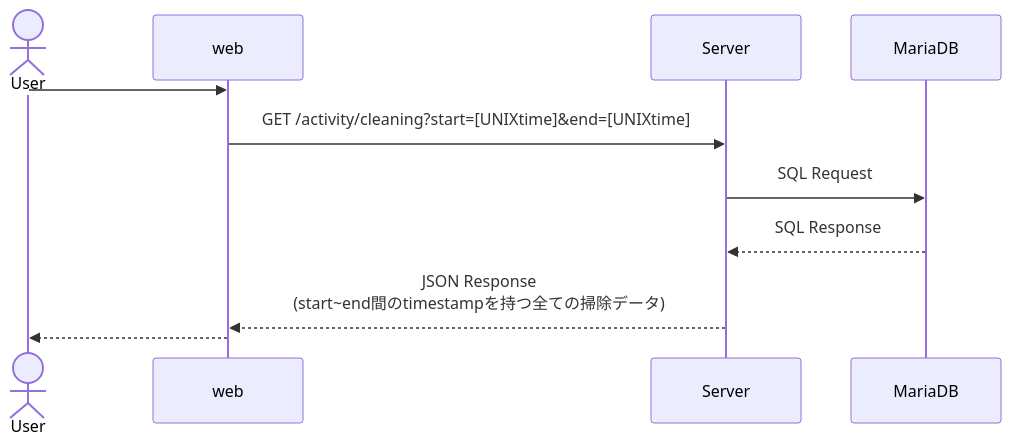
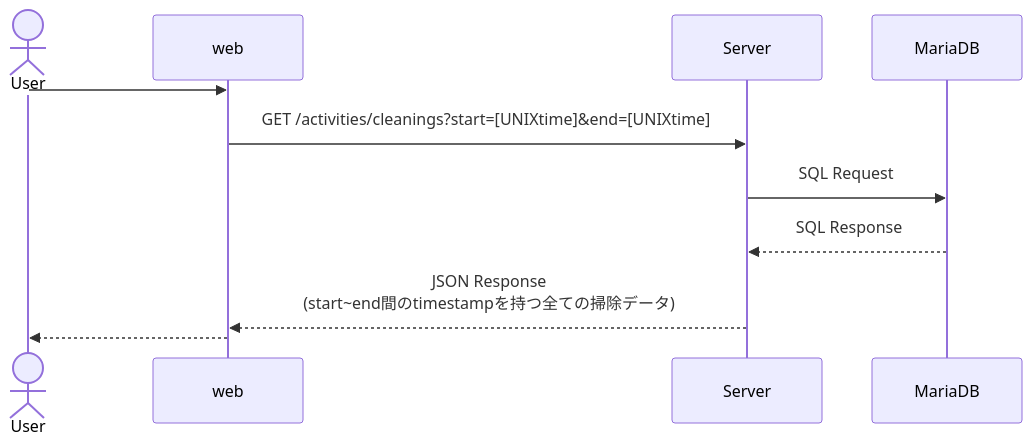
One commit to 42association/42ActivityAPI changed the diagram in doc/sequence/getCleaningInfo.md. Above: the diagram before and after it, drawn with Mermaid. The commit also changed 1 other file, not shown here.

Commit message:
Change endpoint names to not to use verbs

````diff
--- a/doc/sequence/getCleaningInfo.md
+++ b/doc/sequence/getCleaningInfo.md
@@ -3,17 +3,17 @@
 ```mermaid
 sequenceDiagram
 
 actor user as User
 
 participant user
 participant web
 participant Server
 participant MariaDB
 
 user->>web: 
-web->>Server: GET /activity/cleaning?start=[UNIXtime]&end=[UNIXtime]
+web->>Server: GET /activities/cleanings?start=[UNIXtime]&end=[UNIXtime]
 Server->>MariaDB: SQL Request
 MariaDB-->>Server: SQL Response
 Server-->>web: JSON Response<br>(start~end間のtimestampを持つ全ての掃除データ)
 web-->>user: 
 ```
````
